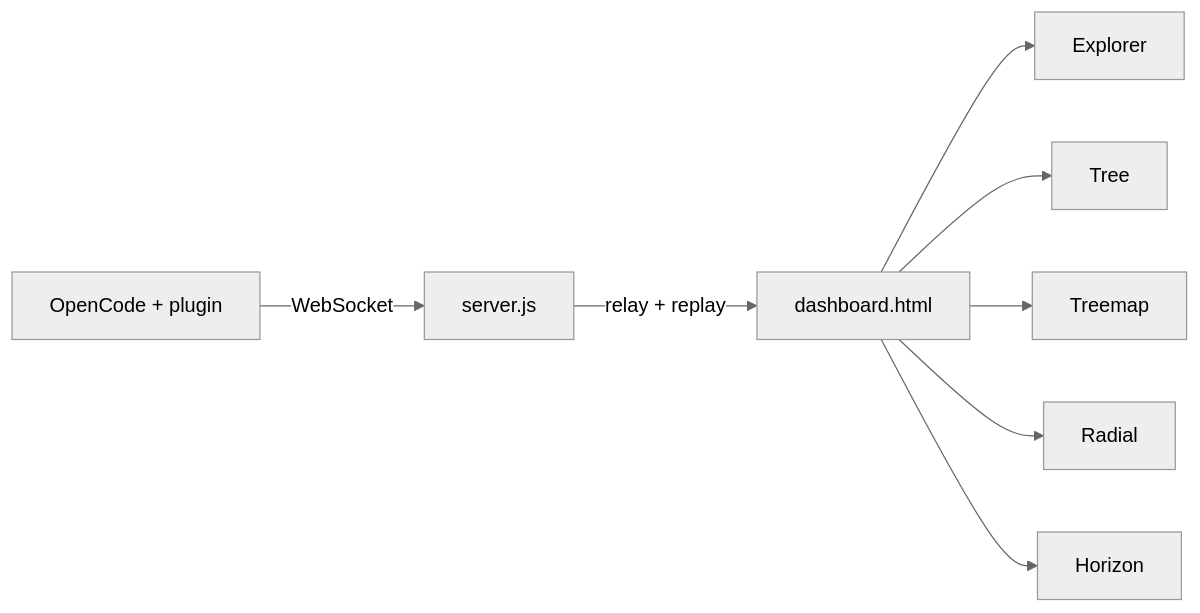
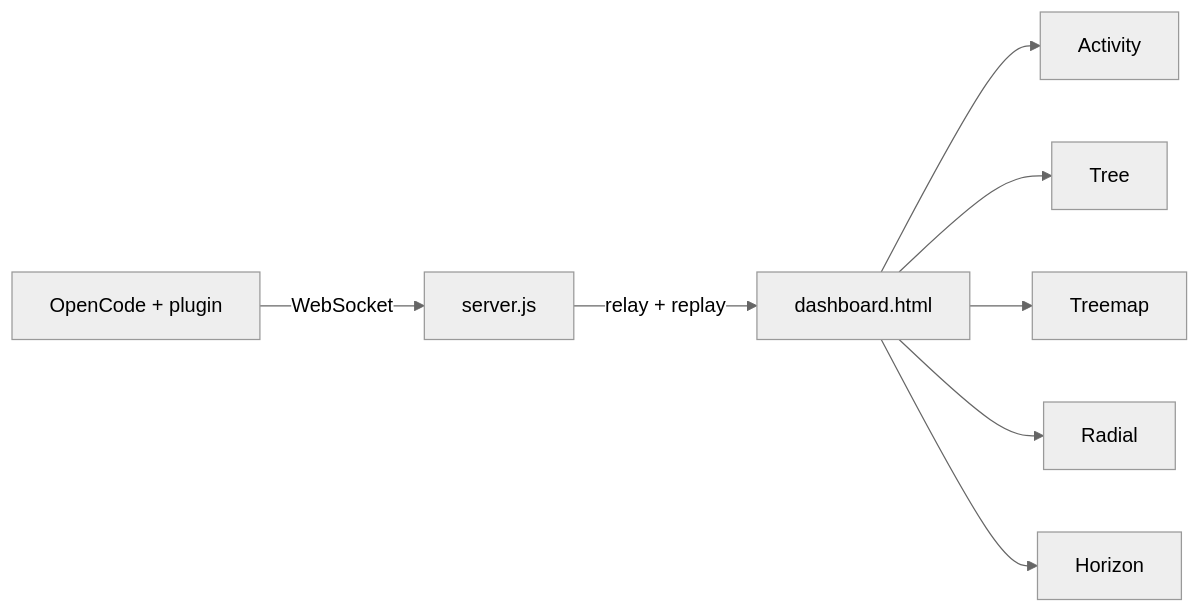
One commit to noctivagous/opencode-agent-live-monitor changed the diagram in README.md. Above: the diagram before and after it, drawn with Mermaid (neutral theme). The commit also changed other lines of this file and 15 other files, not shown here.

````diff
--- a/README.md
+++ b/README.md
@@ -149,10 +149,10 @@
 ```mermaid
 flowchart LR
   OpenCode[OpenCode + plugin] -->|WebSocket| Server[server.js]
   Server -->|relay + replay| Browser[dashboard.html]
-  Browser --> Explorer
+  Browser --> Activity
   Browser --> Tree
   Browser --> Treemap
   Browser --> Radial
   Browser --> Horizon
 ```
````
